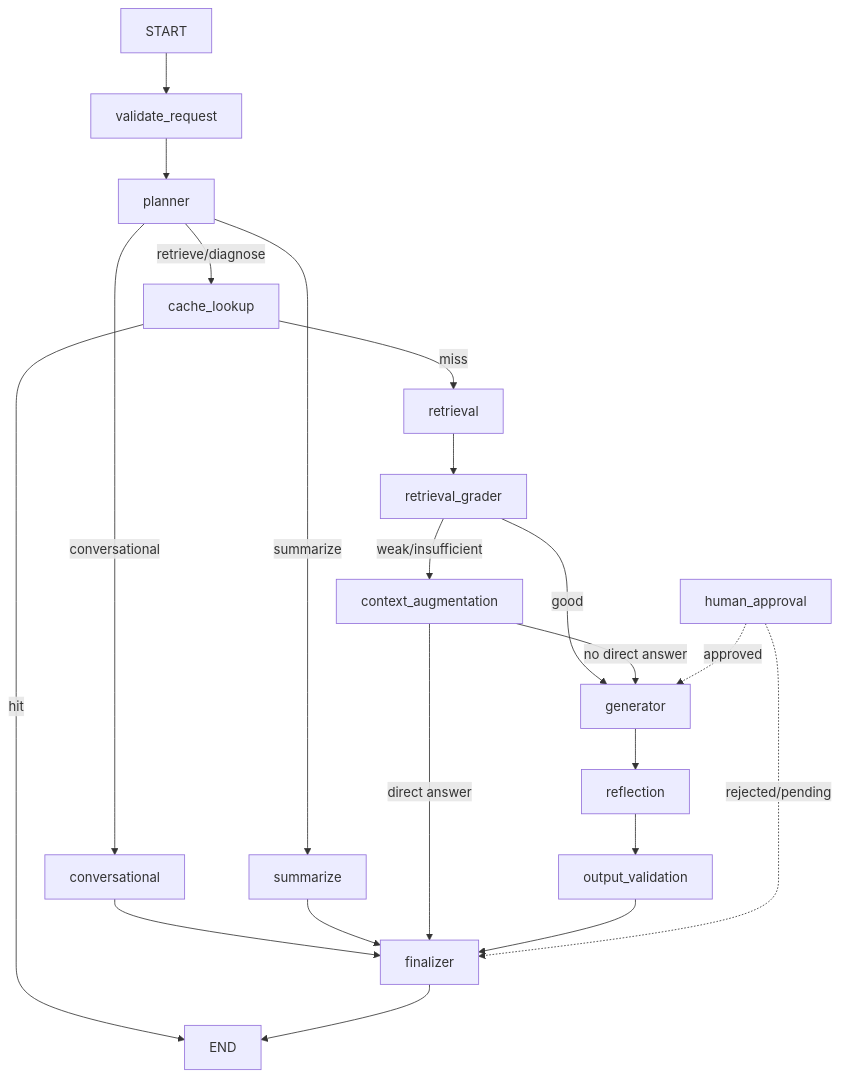
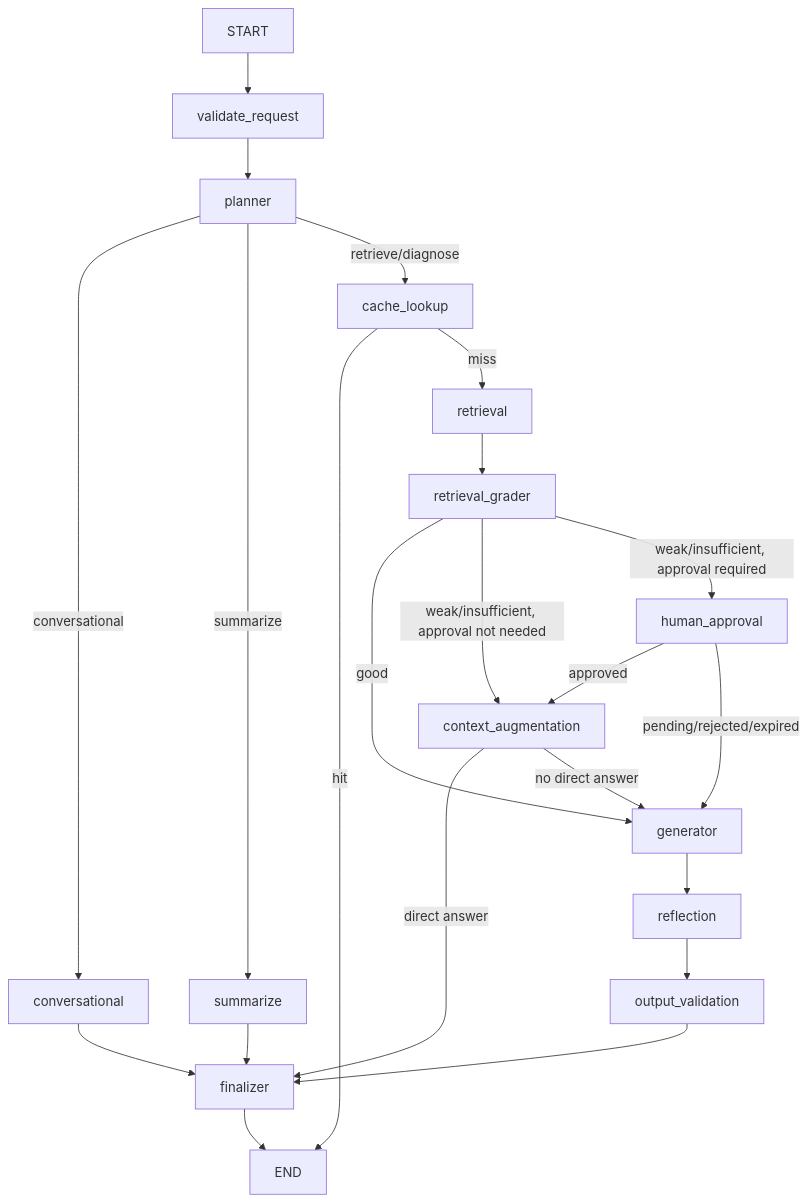
Before and after one commit to Udbhav748/AgroSense-RAG: the third of 3 diagrams in docs/ARCHITECTURE.md, drawn with Mermaid. The commit also changed other lines of this file and 6 other files, not shown here.

````diff
--- a/docs/ARCHITECTURE.md
+++ b/docs/ARCHITECTURE.md
@@ -414,17 +414,18 @@
 ```mermaid
 flowchart TD
     START --> validate_request --> planner
     planner -- conversational --> conv[conversational] --> finalizer
     planner -- summarize --> summarize --> finalizer
     planner -- retrieve/diagnose --> cache_lookup
     cache_lookup -- hit --> END
     cache_lookup -- miss --> retrieval --> retrieval_grader
     retrieval_grader -- good --> generator
-    retrieval_grader -- weak/insufficient --> context_augmentation
+    retrieval_grader -- weak/insufficient, approval not needed --> context_augmentation
+    retrieval_grader -- weak/insufficient, approval required --> human_approval
+    human_approval -- approved --> context_augmentation
+    human_approval -- pending/rejected/expired --> generator
     context_augmentation -- direct answer --> finalizer
     context_augmentation -- no direct answer --> generator
     generator --> reflection --> output_validation --> finalizer
     finalizer --> END
-    human_approval -. approved .-> generator
-    human_approval -. rejected/pending .-> finalizer
 ```
````
